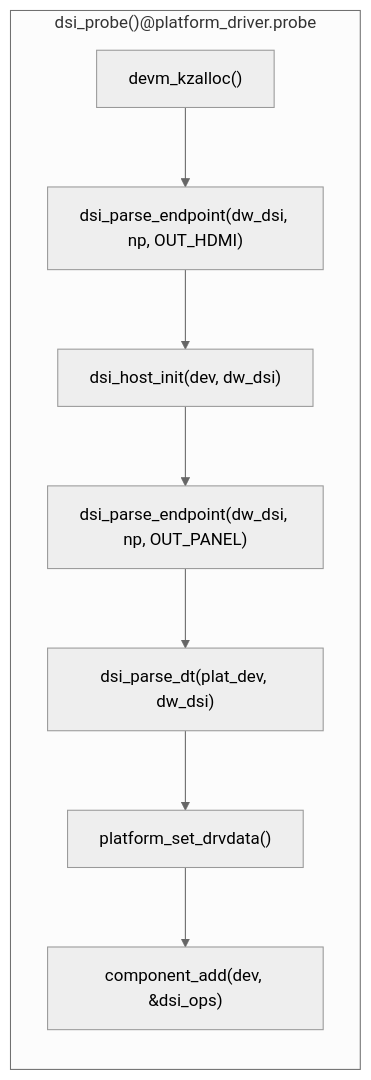
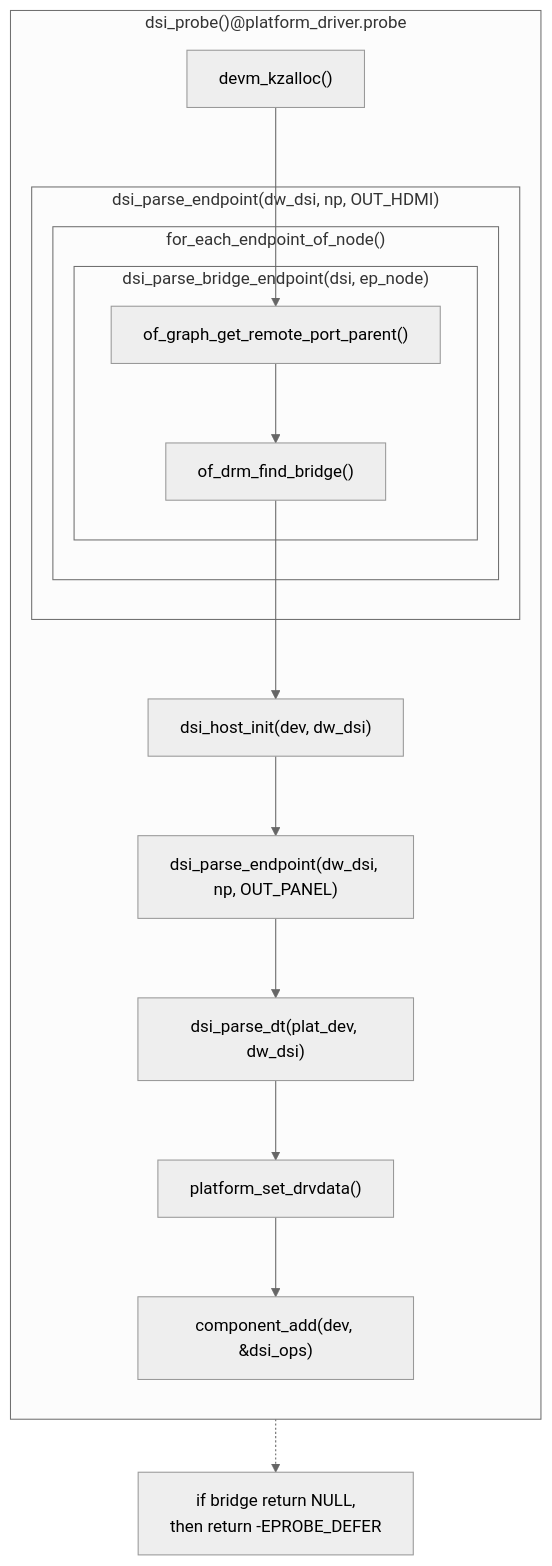
One commit to lucmann/lucmann.github.io changed the second of 3 diagrams in source/_posts/hw/hikey970.md. Above: the diagram before and after it, drawn with Mermaid (neutral theme).

Commit message:
hw: hikey970: dw-dsi probe issue

````diff
--- a/source/_posts/hw/hikey970.md
+++ b/source/_posts/hw/hikey970.md
@@ -264,15 +264,24 @@
 ```mermaid
 flowchart TB
     subgraph "dsi_probe()@platform_driver.probe"
         direction TB
         A["devm_kzalloc()"]
-        B["dsi_parse_endpoint(dw_dsi, np, OUT_HDMI)"]
+        subgraph "dsi_parse_endpoint(dw_dsi, np, OUT_HDMI)"
+            subgraph "for_each_endpoint_of_node()"
+                subgraph "dsi_parse_bridge_endpoint(dsi, ep_node)"
+                    B1["of_graph_get_remote_port_parent()"]
+                    B2["of_drm_find_bridge()"]
+                end
+            end
+        end
         C["dsi_host_init(dev, dw_dsi)"]
         D["dsi_parse_endpoint(dw_dsi, np, OUT_PANEL)"]
         E["dsi_parse_dt(plat_dev, dw_dsi)"]
         F["platform_set_drvdata()"]
         G["component_add(dev, &dsi_ops)"]
     end 
+    N2["if bridge return NULL,<br/>then return -EPROBE_DEFER"]
 
-    A --> B --> C --> D --> E --> F --> G
+    A --> B1 --> B2 --> C --> D --> E --> F --> G
+    B2 -.-> N2
 ```
````
